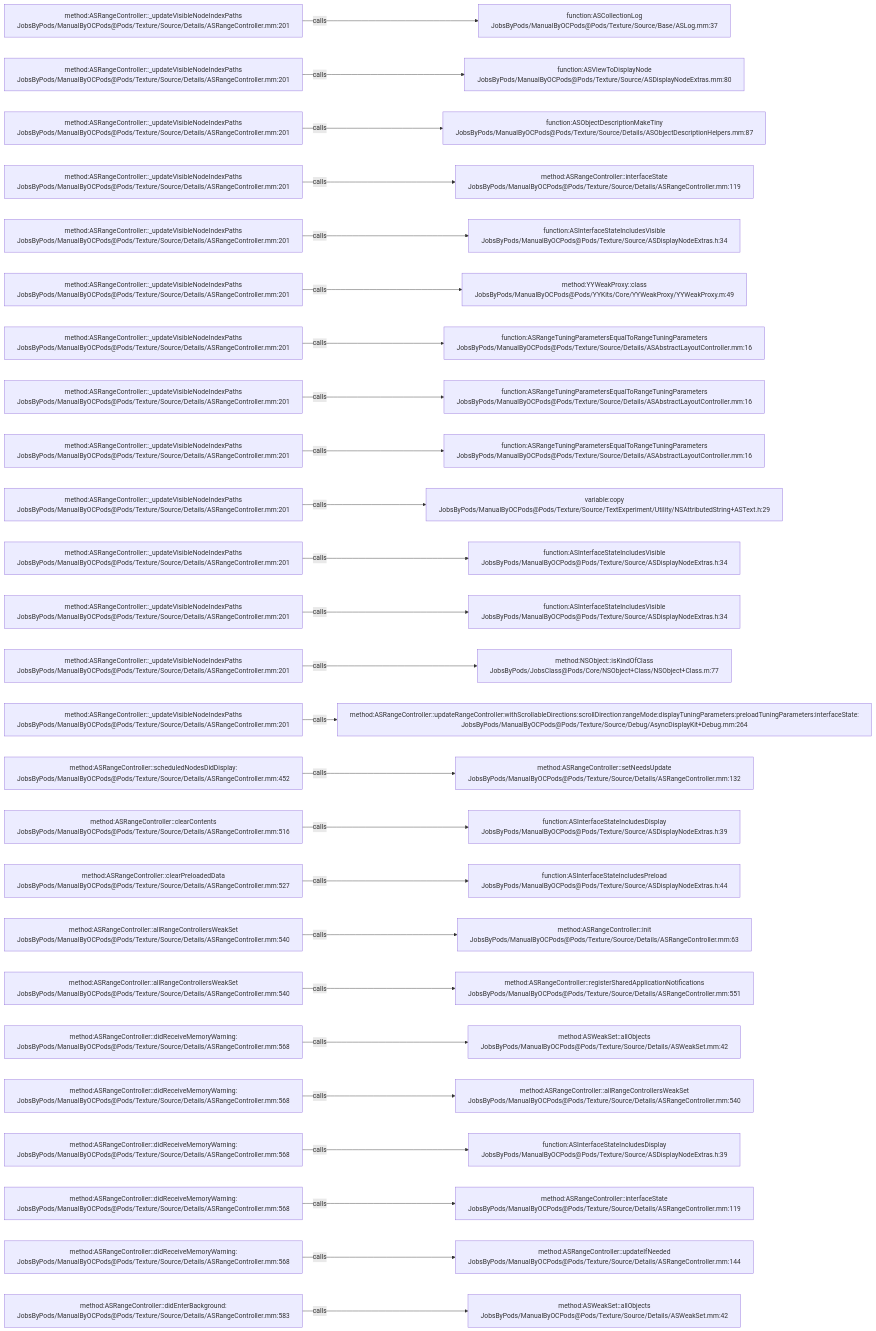
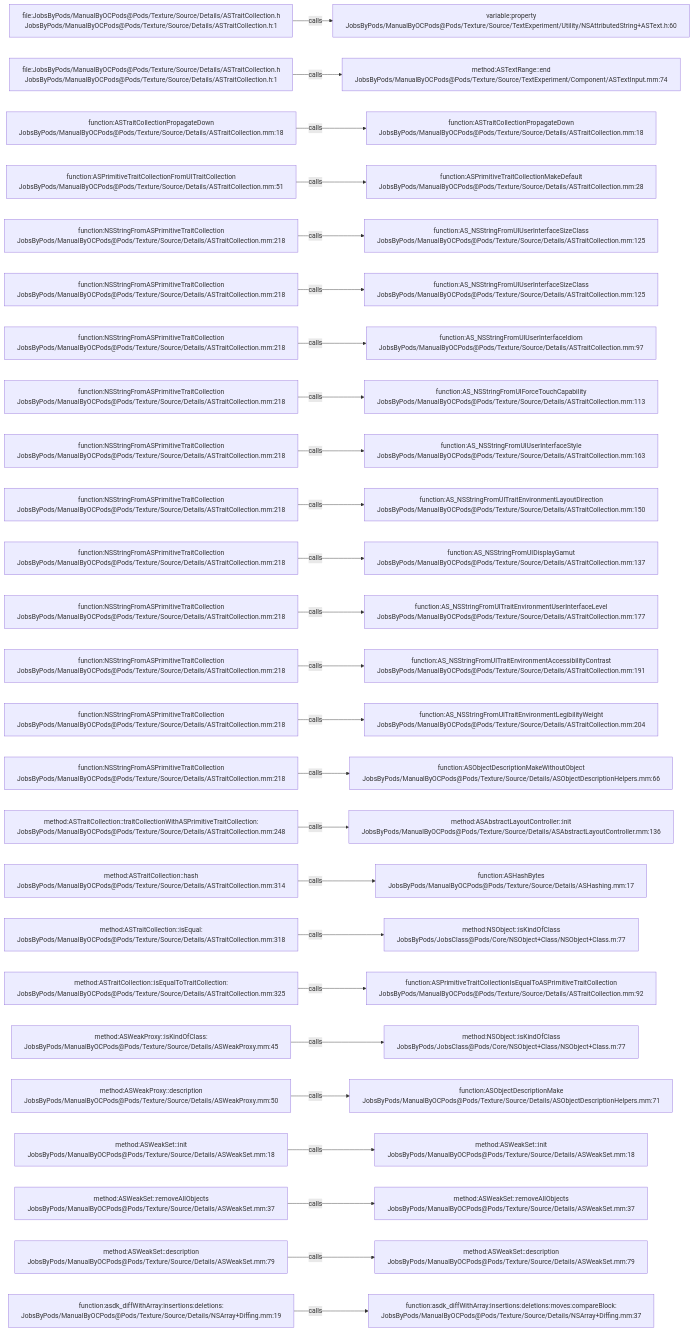
Before and after one commit to JobsKits/JobsOCBaseConfigDemo: the diagram in .codegraph/codegraph.md/graphs/calls-165.md, drawn with Mermaid. The commit also changed 1353 other files, not shown here.

````diff
--- a/.codegraph/codegraph.md/graphs/calls-165.md
+++ b/.codegraph/codegraph.md/graphs/calls-165.md
@@ -13,78 +13,78 @@
 ```mermaid
 flowchart LR
-  S1["method:ASRangeController::_updateVisibleNodeIndexPaths<br/>JobsByPods/ManualByOCPods@Pods/Texture/Source/Details/ASRangeController.mm:201"]
-  T1["function:ASCollectionLog<br/>JobsByPods/ManualByOCPods@Pods/Texture/Source/Base/ASLog.mm:37"]
+  S1["file:JobsByPods/ManualByOCPods@Pods/Texture/Source/Details/ASTraitCollection.h<br/>JobsByPods/ManualByOCPods@Pods/Texture/Source/Details/ASTraitCollection.h:1"]
+  T1["variable:property<br/>JobsByPods/ManualByOCPods@Pods/Texture/Source/TextExperiment/Utility/NSAttributedString+ASText.h:60"]
   S1 -->|calls| T1
-  S2["method:ASRangeController::_updateVisibleNodeIndexPaths<br/>JobsByPods/ManualByOCPods@Pods/Texture/Source/Details/ASRangeController.mm:201"]
-  T2["function:ASViewToDisplayNode<br/>JobsByPods/ManualByOCPods@Pods/Texture/Source/ASDisplayNodeExtras.mm:80"]
+  S2["file:JobsByPods/ManualByOCPods@Pods/Texture/Source/Details/ASTraitCollection.h<br/>JobsByPods/ManualByOCPods@Pods/Texture/Source/Details/ASTraitCollection.h:1"]
+  T2["method:ASTextRange::end<br/>JobsByPods/ManualByOCPods@Pods/Texture/Source/TextExperiment/Component/ASTextInput.mm:74"]
   S2 -->|calls| T2
-  S3["method:ASRangeController::_updateVisibleNodeIndexPaths<br/>JobsByPods/ManualByOCPods@Pods/Texture/Source/Details/ASRangeController.mm:201"]
-  T3["function:ASObjectDescriptionMakeTiny<br/>JobsByPods/ManualByOCPods@Pods/Texture/Source/Details/ASObjectDescriptionHelpers.mm:87"]
+  S3["function:ASTraitCollectionPropagateDown<br/>JobsByPods/ManualByOCPods@Pods/Texture/Source/Details/ASTraitCollection.mm:18"]
+  T3["function:ASTraitCollectionPropagateDown<br/>JobsByPods/ManualByOCPods@Pods/Texture/Source/Details/ASTraitCollection.mm:18"]
   S3 -->|calls| T3
-  S4["method:ASRangeController::_updateVisibleNodeIndexPaths<br/>JobsByPods/ManualByOCPods@Pods/Texture/Source/Details/ASRangeController.mm:201"]
-  T4["method:ASRangeController::interfaceState<br/>JobsByPods/ManualByOCPods@Pods/Texture/Source/Details/ASRangeController.mm:119"]
+  S4["function:ASPrimitiveTraitCollectionFromUITraitCollection<br/>JobsByPods/ManualByOCPods@Pods/Texture/Source/Details/ASTraitCollection.mm:51"]
+  T4["function:ASPrimitiveTraitCollectionMakeDefault<br/>JobsByPods/ManualByOCPods@Pods/Texture/Source/Details/ASTraitCollection.mm:28"]
   S4 -->|calls| T4
-  S5["method:ASRangeController::_updateVisibleNodeIndexPaths<br/>JobsByPods/ManualByOCPods@Pods/Texture/Source/Details/ASRangeController.mm:201"]
-  T5["function:ASInterfaceStateIncludesVisible<br/>JobsByPods/ManualByOCPods@Pods/Texture/Source/ASDisplayNodeExtras.h:34"]
+  S5["function:NSStringFromASPrimitiveTraitCollection<br/>JobsByPods/ManualByOCPods@Pods/Texture/Source/Details/ASTraitCollection.mm:218"]
+  T5["function:AS_NSStringFromUIUserInterfaceSizeClass<br/>JobsByPods/ManualByOCPods@Pods/Texture/Source/Details/ASTraitCollection.mm:125"]
   S5 -->|calls| T5
-  S6["method:ASRangeController::_updateVisibleNodeIndexPaths<br/>JobsByPods/ManualByOCPods@Pods/Texture/Source/Details/ASRangeController.mm:201"]
-  T6["method:YYWeakProxy::class<br/>JobsByPods/ManualByOCPods@Pods/YYKits/Core/YYWeakProxy/YYWeakProxy.m:49"]
+  S6["function:NSStringFromASPrimitiveTraitCollection<br/>JobsByPods/ManualByOCPods@Pods/Texture/Source/Details/ASTraitCollection.mm:218"]
+  T6["function:AS_NSStringFromUIUserInterfaceSizeClass<br/>JobsByPods/ManualByOCPods@Pods/Texture/Source/Details/ASTraitCollection.mm:125"]
   S6 -->|calls| T6
-  S7["method:ASRangeController::_updateVisibleNodeIndexPaths<br/>JobsByPods/ManualByOCPods@Pods/Texture/Source/Details/ASRangeController.mm:201"]
-  T7["function:ASRangeTuningParametersEqualToRangeTuningParameters<br/>JobsByPods/ManualByOCPods@Pods/Texture/Source/Details/ASAbstractLayoutController.mm:16"]
+  S7["function:NSStringFromASPrimitiveTraitCollection<br/>JobsByPods/ManualByOCPods@Pods/Texture/Source/Details/ASTraitCollection.mm:218"]
+  T7["function:AS_NSStringFromUIUserInterfaceIdiom<br/>JobsByPods/ManualByOCPods@Pods/Texture/Source/Details/ASTraitCollection.mm:97"]
   S7 -->|calls| T7
-  S8["method:ASRangeController::_updateVisibleNodeIndexPaths<br/>JobsByPods/ManualByOCPods@Pods/Texture/Source/Details/ASRangeController.mm:201"]
-  T8["function:ASRangeTuningParametersEqualToRangeTuningParameters<br/>JobsByPods/ManualByOCPods@Pods/Texture/Source/Details/ASAbstractLayoutController.mm:16"]
+  S8["function:NSStringFromASPrimitiveTraitCollection<br/>JobsByPods/ManualByOCPods@Pods/Texture/Source/Details/ASTraitCollection.mm:218"]
+  T8["function:AS_NSStringFromUIForceTouchCapability<br/>JobsByPods/ManualByOCPods@Pods/Texture/Source/Details/ASTraitCollection.mm:113"]
   S8 -->|calls| T8
-  S9["method:ASRangeController::_updateVisibleNodeIndexPaths<br/>JobsByPods/ManualByOCPods@Pods/Texture/Source/Details/ASRangeController.mm:201"]
-  T9["function:ASRangeTuningParametersEqualToRangeTuningParameters<br/>JobsByPods/ManualByOCPods@Pods/Texture/Source/Details/ASAbstractLayoutController.mm:16"]
+  S9["function:NSStringFromASPrimitiveTraitCollection<br/>JobsByPods/ManualByOCPods@Pods/Texture/Source/Details/ASTraitCollection.mm:218"]
+  T9["function:AS_NSStringFromUIUserInterfaceStyle<br/>JobsByPods/ManualByOCPods@Pods/Texture/Source/Details/ASTraitCollection.mm:163"]
   S9 -->|calls| T9
-  S10["method:ASRangeController::_updateVisibleNodeIndexPaths<br/>JobsByPods/ManualByOCPods@Pods/Texture/Source/Details/ASRangeController.mm:201"]
-  T10["variable:copy<br/>JobsByPods/ManualByOCPods@Pods/Texture/Source/TextExperiment/Utility/NSAttributedString+ASText.h:29"]
+  S10["function:NSStringFromASPrimitiveTraitCollection<br/>JobsByPods/ManualByOCPods@Pods/Texture/Source/Details/ASTraitCollection.mm:218"]
+  T10["function:AS_NSStringFromUITraitEnvironmentLayoutDirection<br/>JobsByPods/ManualByOCPods@Pods/Texture/Source/Details/ASTraitCollection.mm:150"]
   S10 -->|calls| T10
-  S11["method:ASRangeController::_updateVisibleNodeIndexPaths<br/>JobsByPods/ManualByOCPods@Pods/Texture/Source/Details/ASRangeController.mm:201"]
-  T11["function:ASInterfaceStateIncludesVisible<br/>JobsByPods/ManualByOCPods@Pods/Texture/Source/ASDisplayNodeExtras.h:34"]
+  S11["function:NSStringFromASPrimitiveTraitCollection<br/>JobsByPods/ManualByOCPods@Pods/Texture/Source/Details/ASTraitCollection.mm:218"]
+  T11["function:AS_NSStringFromUIDisplayGamut<br/>JobsByPods/ManualByOCPods@Pods/Texture/Source/Details/ASTraitCollection.mm:137"]
   S11 -->|calls| T11
-  S12["method:ASRangeController::_updateVisibleNodeIndexPaths<br/>JobsByPods/ManualByOCPods@Pods/Texture/Source/Details/ASRangeController.mm:201"]
-  T12["function:ASInterfaceStateIncludesVisible<br/>JobsByPods/ManualByOCPods@Pods/Texture/Source/ASDisplayNodeExtras.h:34"]
+  S12["function:NSStringFromASPrimitiveTraitCollection<br/>JobsByPods/ManualByOCPods@Pods/Texture/Source/Details/ASTraitCollection.mm:218"]
+  T12["function:AS_NSStringFromUITraitEnvironmentUserInterfaceLevel<br/>JobsByPods/ManualByOCPods@Pods/Texture/Source/Details/ASTraitCollection.mm:177"]
   S12 -->|calls| T12
-  S13["method:ASRangeController::_updateVisibleNodeIndexPaths<br/>JobsByPods/ManualByOCPods@Pods/Texture/Source/Details/ASRangeController.mm:201"]
-  T13["method:NSObject::isKindOfClass<br/>JobsByPods/JobsClass@Pods/Core/NSObject+Class/NSObject+Class.m:77"]
+  S13["function:NSStringFromASPrimitiveTraitCollection<br/>JobsByPods/ManualByOCPods@Pods/Texture/Source/Details/ASTraitCollection.mm:218"]
+  T13["function:AS_NSStringFromUITraitEnvironmentAccessibilityContrast<br/>JobsByPods/ManualByOCPods@Pods/Texture/Source/Details/ASTraitCollection.mm:191"]
   S13 -->|calls| T13
-  S14["method:ASRangeController::_updateVisibleNodeIndexPaths<br/>JobsByPods/ManualByOCPods@Pods/Texture/Source/Details/ASRangeController.mm:201"]
-  T14["method:ASRangeController::updateRangeController:withScrollableDirections:scrollDirection:rangeMode:displayTuningParameters:preloadTuningParameters:interfaceState:<br/>JobsByPods/ManualByOCPods@Pods/Texture/Source/Debug/AsyncDisplayKit+Debug.mm:264"]
+  S14["function:NSStringFromASPrimitiveTraitCollection<br/>JobsByPods/ManualByOCPods@Pods/Texture/Source/Details/ASTraitCollection.mm:218"]
+  T14["function:AS_NSStringFromUITraitEnvironmentLegibilityWeight<br/>JobsByPods/ManualByOCPods@Pods/Texture/Source/Details/ASTraitCollection.mm:204"]
   S14 -->|calls| T14
-  S15["method:ASRangeController::scheduledNodesDidDisplay:<br/>JobsByPods/ManualByOCPods@Pods/Texture/Source/Details/ASRangeController.mm:452"]
-  T15["method:ASRangeController::setNeedsUpdate<br/>JobsByPods/ManualByOCPods@Pods/Texture/Source/Details/ASRangeController.mm:132"]
+  S15["function:NSStringFromASPrimitiveTraitCollection<br/>JobsByPods/ManualByOCPods@Pods/Texture/Source/Details/ASTraitCollection.mm:218"]
+  T15["function:ASObjectDescriptionMakeWithoutObject<br/>JobsByPods/ManualByOCPods@Pods/Texture/Source/Details/ASObjectDescriptionHelpers.mm:66"]
   S15 -->|calls| T15
-  S16["method:ASRangeController::clearContents<br/>JobsByPods/ManualByOCPods@Pods/Texture/Source/Details/ASRangeController.mm:516"]
-  T16["function:ASInterfaceStateIncludesDisplay<br/>JobsByPods/ManualByOCPods@Pods/Texture/Source/ASDisplayNodeExtras.h:39"]
+  S16["method:ASTraitCollection::traitCollectionWithASPrimitiveTraitCollection:<br/>JobsByPods/ManualByOCPods@Pods/Texture/Source/Details/ASTraitCollection.mm:248"]
+  T16["method:ASAbstractLayoutController::init<br/>JobsByPods/ManualByOCPods@Pods/Texture/Source/Details/ASAbstractLayoutController.mm:136"]
   S16 -->|calls| T16
-  S17["method:ASRangeController::clearPreloadedData<br/>JobsByPods/ManualByOCPods@Pods/Texture/Source/Details/ASRangeController.mm:527"]
-  T17["function:ASInterfaceStateIncludesPreload<br/>JobsByPods/ManualByOCPods@Pods/Texture/Source/ASDisplayNodeExtras.h:44"]
+  S17["method:ASTraitCollection::hash<br/>JobsByPods/ManualByOCPods@Pods/Texture/Source/Details/ASTraitCollection.mm:314"]
+  T17["function:ASHashBytes<br/>JobsByPods/ManualByOCPods@Pods/Texture/Source/Details/ASHashing.mm:17"]
   S17 -->|calls| T17
-  S18["method:ASRangeController::allRangeControllersWeakSet<br/>JobsByPods/ManualByOCPods@Pods/Texture/Source/Details/ASRangeController.mm:540"]
-  T18["method:ASRangeController::init<br/>JobsByPods/ManualByOCPods@Pods/Texture/Source/Details/ASRangeController.mm:63"]
+  S18["method:ASTraitCollection::isEqual:<br/>JobsByPods/ManualByOCPods@Pods/Texture/Source/Details/ASTraitCollection.mm:318"]
+  T18["method:NSObject::isKindOfClass<br/>JobsByPods/JobsClass@Pods/Core/NSObject+Class/NSObject+Class.m:77"]
   S18 -->|calls| T18
-  S19["method:ASRangeController::allRangeControllersWeakSet<br/>JobsByPods/ManualByOCPods@Pods/Texture/Source/Details/ASRangeController.mm:540"]
-  T19["method:ASRangeController::registerSharedApplicationNotifications<br/>JobsByPods/ManualByOCPods@Pods/Texture/Source/Details/ASRangeController.mm:551"]
+  S19["method:ASTraitCollection::isEqualToTraitCollection:<br/>JobsByPods/ManualByOCPods@Pods/Texture/Source/Details/ASTraitCollection.mm:325"]
+  T19["function:ASPrimitiveTraitCollectionIsEqualToASPrimitiveTraitCollection<br/>JobsByPods/ManualByOCPods@Pods/Texture/Source/Details/ASTraitCollection.mm:92"]
   S19 -->|calls| T19
-  S20["method:ASRangeController::didReceiveMemoryWarning:<br/>JobsByPods/ManualByOCPods@Pods/Texture/Source/Details/ASRangeController.mm:568"]
-  T20["method:ASWeakSet::allObjects<br/>JobsByPods/ManualByOCPods@Pods/Texture/Source/Details/ASWeakSet.mm:42"]
+  S20["method:ASWeakProxy::isKindOfClass:<br/>JobsByPods/ManualByOCPods@Pods/Texture/Source/Details/ASWeakProxy.mm:45"]
+  T20["method:NSObject::isKindOfClass<br/>JobsByPods/JobsClass@Pods/Core/NSObject+Class/NSObject+Class.m:77"]
   S20 -->|calls| T20
-  S21["method:ASRangeController::didReceiveMemoryWarning:<br/>JobsByPods/ManualByOCPods@Pods/Texture/Source/Details/ASRangeController.mm:568"]
-  T21["method:ASRangeController::allRangeControllersWeakSet<br/>JobsByPods/ManualByOCPods@Pods/Texture/Source/Details/ASRangeController.mm:540"]
+  S21["method:ASWeakProxy::description<br/>JobsByPods/ManualByOCPods@Pods/Texture/Source/Details/ASWeakProxy.mm:50"]
+  T21["function:ASObjectDescriptionMake<br/>JobsByPods/ManualByOCPods@Pods/Texture/Source/Details/ASObjectDescriptionHelpers.mm:71"]
   S21 -->|calls| T21
-  S22["method:ASRangeController::didReceiveMemoryWarning:<br/>JobsByPods/ManualByOCPods@Pods/Texture/Source/Details/ASRangeController.mm:568"]
-  T22["function:ASInterfaceStateIncludesDisplay<br/>JobsByPods/ManualByOCPods@Pods/Texture/Source/ASDisplayNodeExtras.h:39"]
+  S22["method:ASWeakSet::init<br/>JobsByPods/ManualByOCPods@Pods/Texture/Source/Details/ASWeakSet.mm:18"]
+  T22["method:ASWeakSet::init<br/>JobsByPods/ManualByOCPods@Pods/Texture/Source/Details/ASWeakSet.mm:18"]
   S22 -->|calls| T22
-  S23["method:ASRangeController::didReceiveMemoryWarning:<br/>JobsByPods/ManualByOCPods@Pods/Texture/Source/Details/ASRangeController.mm:568"]
-  T23["method:ASRangeController::interfaceState<br/>JobsByPods/ManualByOCPods@Pods/Texture/Source/Details/ASRangeController.mm:119"]
+  S23["method:ASWeakSet::removeAllObjects<br/>JobsByPods/ManualByOCPods@Pods/Texture/Source/Details/ASWeakSet.mm:37"]
+  T23["method:ASWeakSet::removeAllObjects<br/>JobsByPods/ManualByOCPods@Pods/Texture/Source/Details/ASWeakSet.mm:37"]
   S23 -->|calls| T23
-  S24["method:ASRangeController::didReceiveMemoryWarning:<br/>JobsByPods/ManualByOCPods@Pods/Texture/Source/Details/ASRangeController.mm:568"]
-  T24["method:ASRangeController::updateIfNeeded<br/>JobsByPods/ManualByOCPods@Pods/Texture/Source/Details/ASRangeController.mm:144"]
+  S24["method:ASWeakSet::description<br/>JobsByPods/ManualByOCPods@Pods/Texture/Source/Details/ASWeakSet.mm:79"]
+  T24["method:ASWeakSet::description<br/>JobsByPods/ManualByOCPods@Pods/Texture/Source/Details/ASWeakSet.mm:79"]
   S24 -->|calls| T24
-  S25["method:ASRangeController::didEnterBackground:<br/>JobsByPods/ManualByOCPods@Pods/Texture/Source/Details/ASRangeController.mm:583"]
-  T25["method:ASWeakSet::allObjects<br/>JobsByPods/ManualByOCPods@Pods/Texture/Source/Details/ASWeakSet.mm:42"]
+  S25["function:asdk_diffWithArray:insertions:deletions:<br/>JobsByPods/ManualByOCPods@Pods/Texture/Source/Details/NSArray+Diffing.mm:19"]
+  T25["function:asdk_diffWithArray:insertions:deletions:moves:compareBlock:<br/>JobsByPods/ManualByOCPods@Pods/Texture/Source/Details/NSArray+Diffing.mm:37"]
   S25 -->|calls| T25
 ```
````
